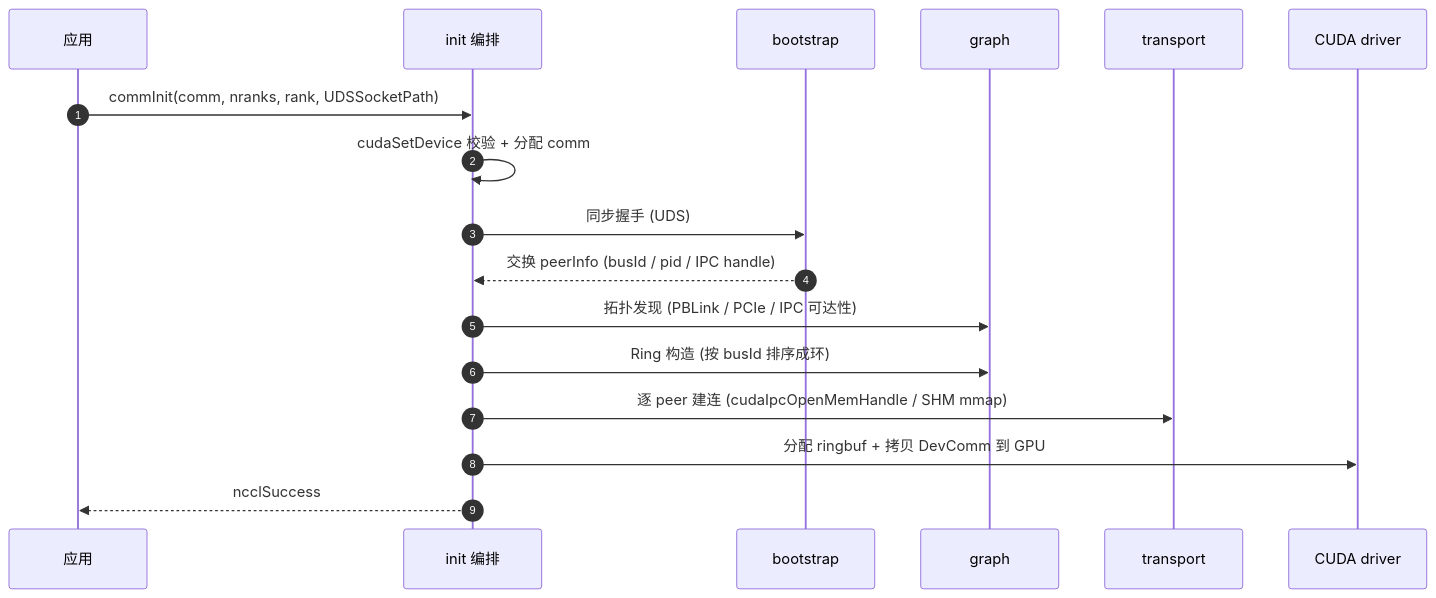
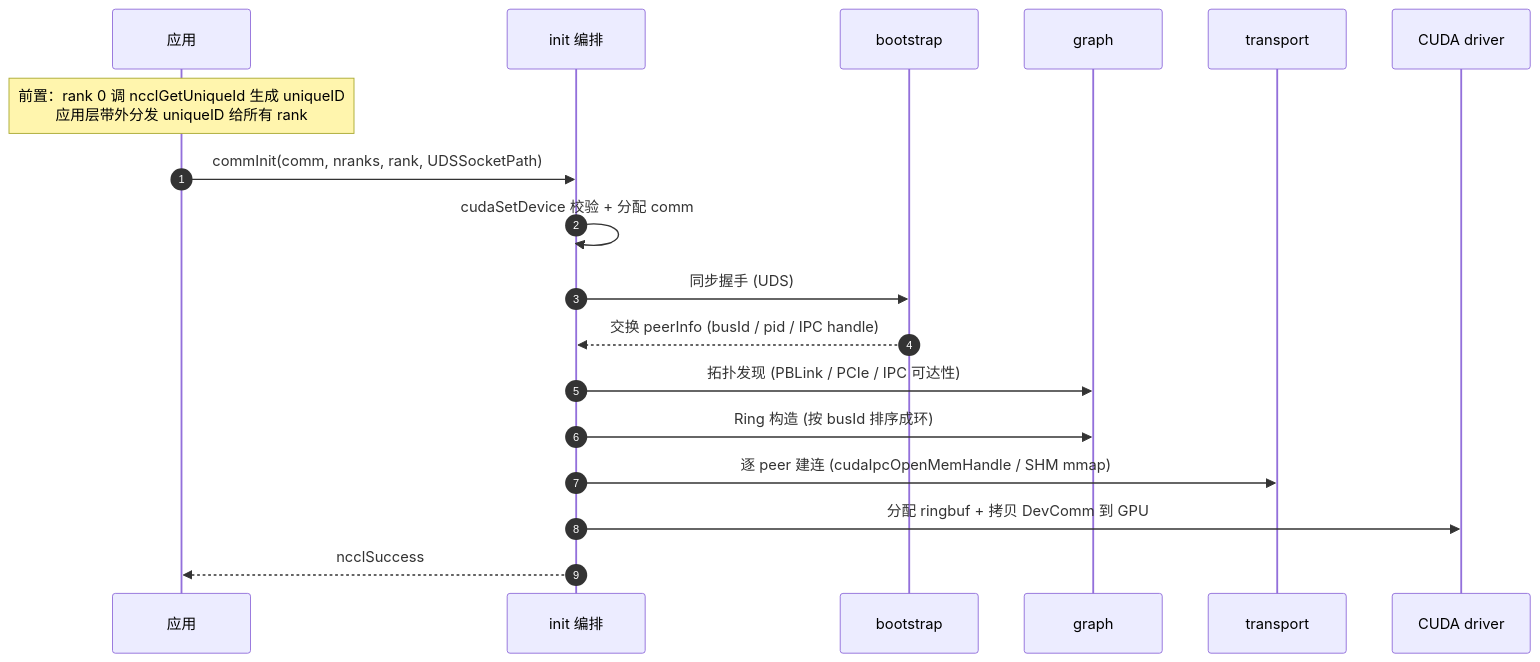
The fifth of 7 diagrams in allreduce-outline-design-v1.0/allreduce-outline-design-v2.0.md (AaronYang238/nccl_doc), drawn with Mermaid before and after one commit. The commit also changed other lines of this file and 1 other file, not shown here.

````diff
--- a/allreduce-outline-design-v1.0/allreduce-outline-design-v2.0.md
+++ b/allreduce-outline-design-v1.0/allreduce-outline-design-v2.0.md
@@ -728,20 +725,21 @@
 ```mermaid
 sequenceDiagram
   autonumber
   participant App as 应用
   participant Init as init 编排
   participant Boot as bootstrap
   participant Graph as graph
   participant Trans as transport
   participant GPU as CUDA driver
 
+  Note over App: 前置：rank 0 调 ncclGetUniqueId 生成 uniqueID<br/>应用层带外分发 uniqueID 给所有 rank
   App->>Init: commInit(comm, nranks, rank, UDSSocketPath)
   Init->>Init: cudaSetDevice 校验 + 分配 comm
   Init->>Boot: 同步握手 (UDS)
   Boot-->>Init: 交换 peerInfo (busId / pid / IPC handle)
   Init->>Graph: 拓扑发现 (PBLink / PCIe / IPC 可达性)
   Init->>Graph: Ring 构造 (按 busId 排序成环)
   Init->>Trans: 逐 peer 建连 (cudaIpcOpenMemHandle / SHM mmap)
   Init->>GPU: 分配 ringbuf + 拷贝 DevComm 到 GPU
   Init-->>App: ncclSuccess
 ```
````
